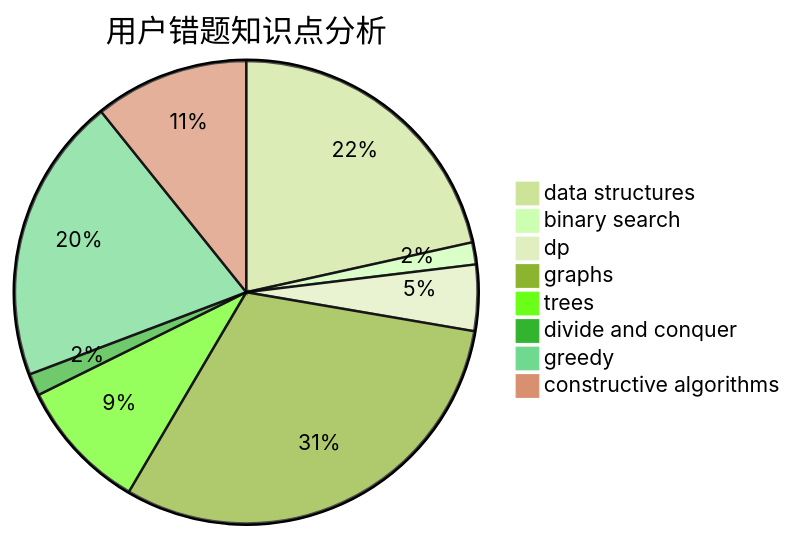
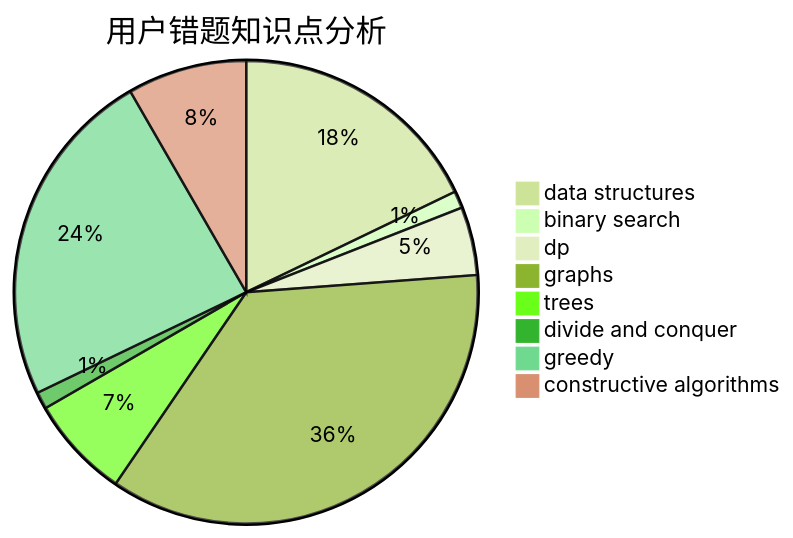
One commit to sherpahu/cfrs.github.io changed the third of 3 diagrams in docs/user/u2620.md. Above: the diagram before and after it, drawn with Mermaid (forest theme). The commit also changed other lines of this file and 2770 other files, not shown here.

````diff
--- a/docs/user/u2620.md
+++ b/docs/user/u2620.md
@@ -36,11 +36,11 @@
 ```mermaid
 pie title 用户错题知识点分析
-    "data structures" :  14
+    "data structures" :  15
     "binary search" :  1
-    "dp" :  3
-    "graphs" :  20
+    "dp" :  4
+    "graphs" :  30
     "trees" :  6
     "divide and conquer" :  1
-    "greedy" :  13
+    "greedy" :  20
     "constructive algorithms" :  7
 ```
````
